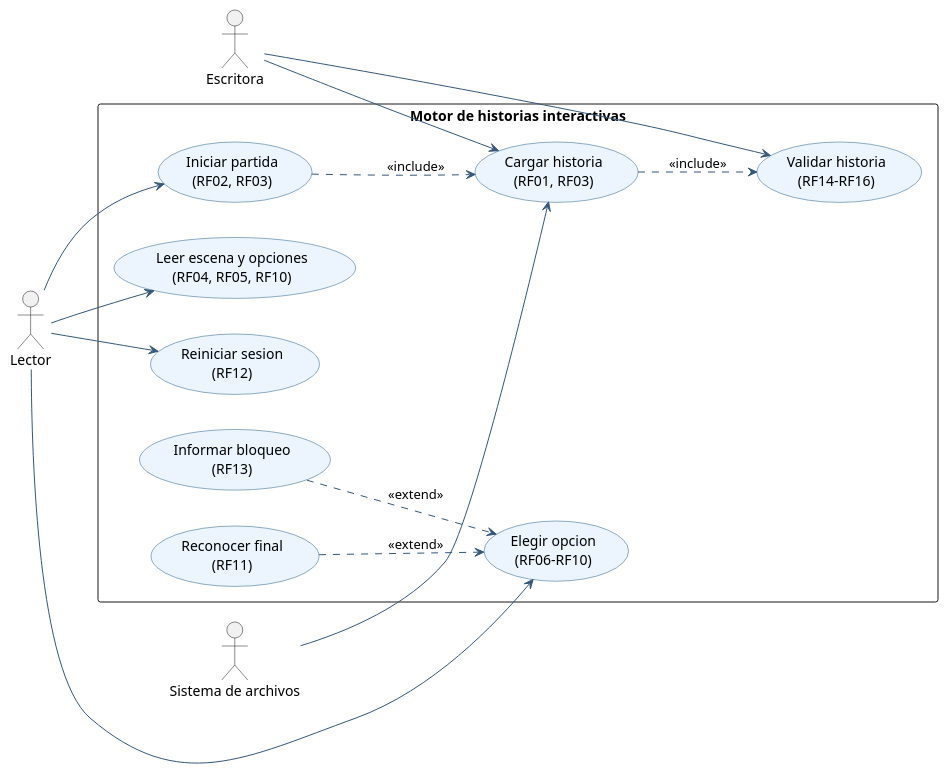
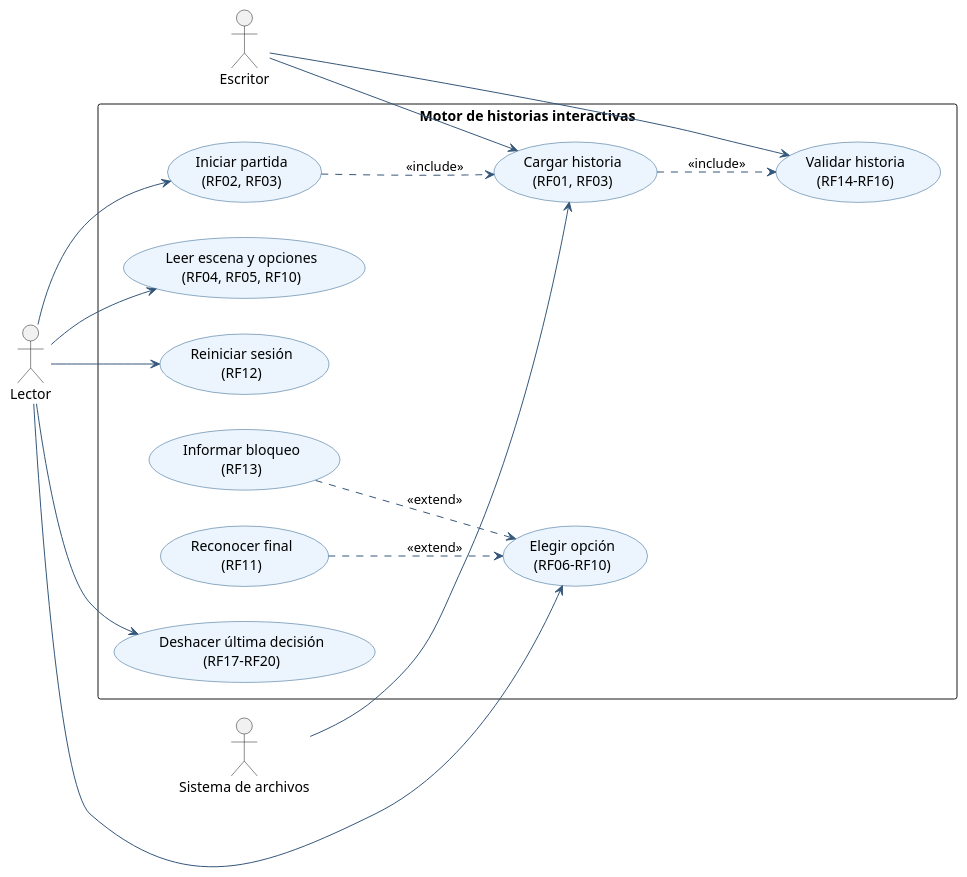
Before and after one commit to sebastian-caicedo/parcial_ultima_transmision: the diagram in docs/diagramas/02_casos_de_uso.puml, drawn with PlantUML. The commit also changed 1 other file, not shown here.

Commit message:
T13: actualizar diagramas por cambio de deshacer

```diff
--- a/docs/diagramas/02_casos_de_uso.puml
+++ b/docs/diagramas/02_casos_de_uso.puml
@@ -1,35 +1,37 @@
 @startuml
 left to right direction
 skinparam shadowing false
 skinparam backgroundColor white
 skinparam defaultFontName Arial
 skinparam packageStyle rectangle
 skinparam ArrowColor #35577A
 skinparam usecaseBackgroundColor #ECF5FD
 skinparam usecaseBorderColor #235B89
-actor "Escritora" as Escritora
+actor "Escritor" as Escritor
 actor "Lector" as Lector
 actor "Sistema de archivos" as Archivos
 
 rectangle "Motor de historias interactivas" {
   usecase "Iniciar partida\n(RF02, RF03)" as UC1
   usecase "Cargar historia\n(RF01, RF03)" as UC2
   usecase "Validar historia\n(RF14-RF16)" as UC3
   usecase "Leer escena y opciones\n(RF04, RF05, RF10)" as UC4
-  usecase "Elegir opcion\n(RF06-RF10)" as UC5
-  usecase "Reiniciar sesion\n(RF12)" as UC6
+  usecase "Elegir opción\n(RF06-RF10)" as UC5
+  usecase "Reiniciar sesión\n(RF12)" as UC6
   usecase "Reconocer final\n(RF11)" as UC7
   usecase "Informar bloqueo\n(RF13)" as UC8
+  usecase "Deshacer última decisión\n(RF17-RF20)" as UC9
 }
-Escritora --> UC2
-Escritora --> UC3
+Escritor --> UC2
+Escritor --> UC3
 Lector --> UC1
 Lector --> UC4
 Lector --> UC5
 Lector --> UC6
+Lector --> UC9
 Archivos --> UC2
 UC1 ..> UC2 : <<include>>
 UC2 ..> UC3 : <<include>>
 UC7 ..> UC5 : <<extend>>
 UC8 ..> UC5 : <<extend>>
 @enduml
```
